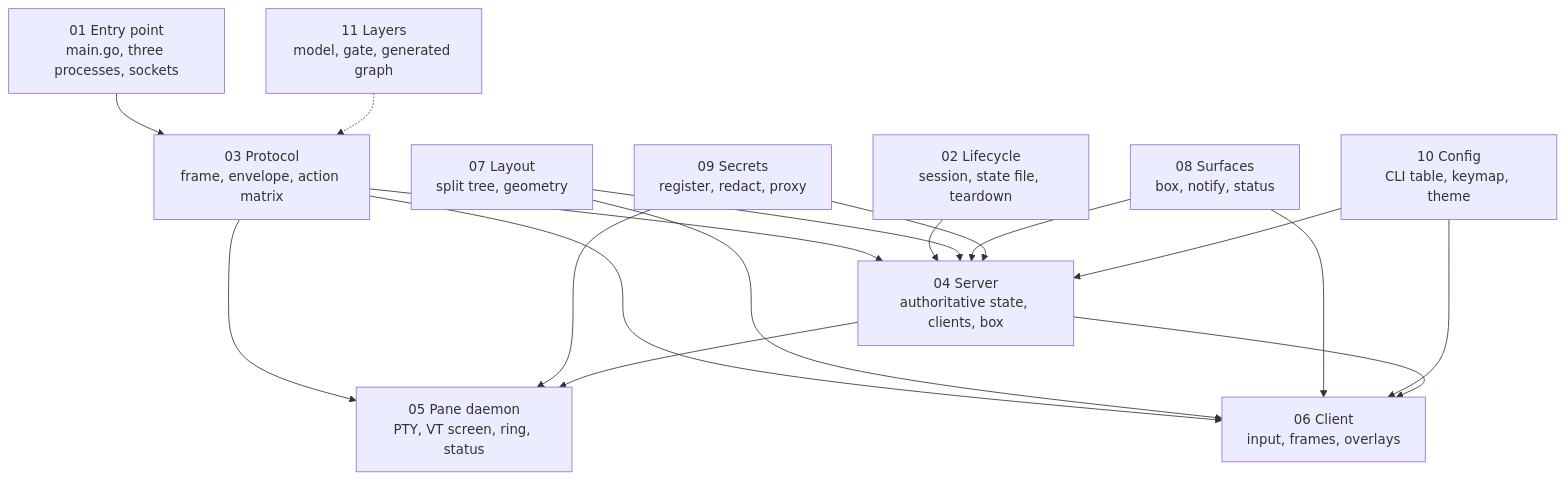
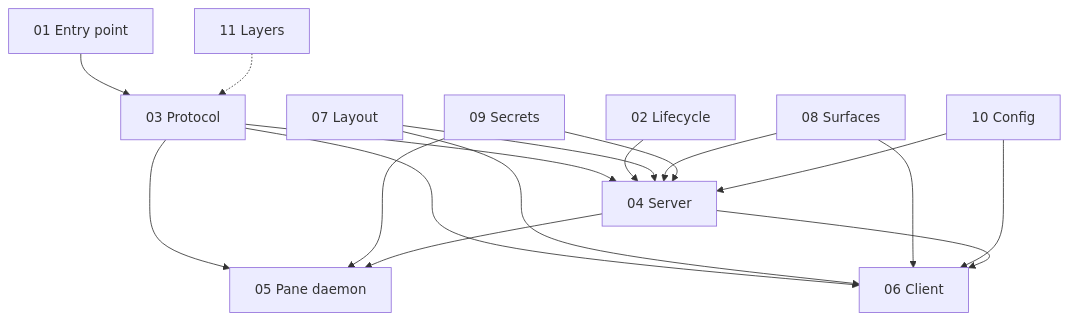
One commit to ladydascalie/dm changed the diagram in docs/internals/README.md. Above: the diagram before and after it, drawn with Mermaid. The commit also changed 9 other files, not shown here.

First line of the commit message:
docs: make the internals diagrams legible at a page width

````diff
--- a/docs/internals/README.md
+++ b/docs/internals/README.md
@@ -78,31 +78,31 @@
 ```mermaid
 flowchart TD
-  entry["01 Entry point<br/>main.go, three processes, sockets"]
-  lifecycle["02 Lifecycle<br/>session, state file, teardown"]
-  proto["03 Protocol<br/>frame, envelope, action matrix"]
-  server["04 Server<br/>authoritative state, clients, box"]
-  pane["05 Pane daemon<br/>PTY, VT screen, ring, status"]
-  client["06 Client<br/>input, frames, overlays"]
-  layout["07 Layout<br/>split tree, geometry"]
-  surf["08 Surfaces<br/>box, notify, status"]
-  secrets["09 Secrets<br/>register, redact, proxy"]
-  config["10 Config<br/>CLI table, keymap, theme"]
-  layers["11 Layers<br/>model, gate, generated graph"]
+  entry["01 Entry point"]
+  lifecycle["02 Lifecycle"]
+  proto["03 Protocol"]
+  server["04 Server"]
+  pane["05 Pane daemon"]
+  client["06 Client"]
+  layout["07 Layout"]
+  surf["08 Surfaces"]
+  secrets["09 Secrets"]
+  config["10 Config"]
+  layers["11 Layers"]
 
   entry --> proto
   proto --> server
   proto --> pane
   proto --> client
   lifecycle --> server
   layout --> server
   layout --> client
   surf --> server
   surf --> client
   secrets --> server
   secrets --> pane
   config --> server
   config --> client
   server --> pane
   server --> client
   layers -.-> proto
 ```
````
